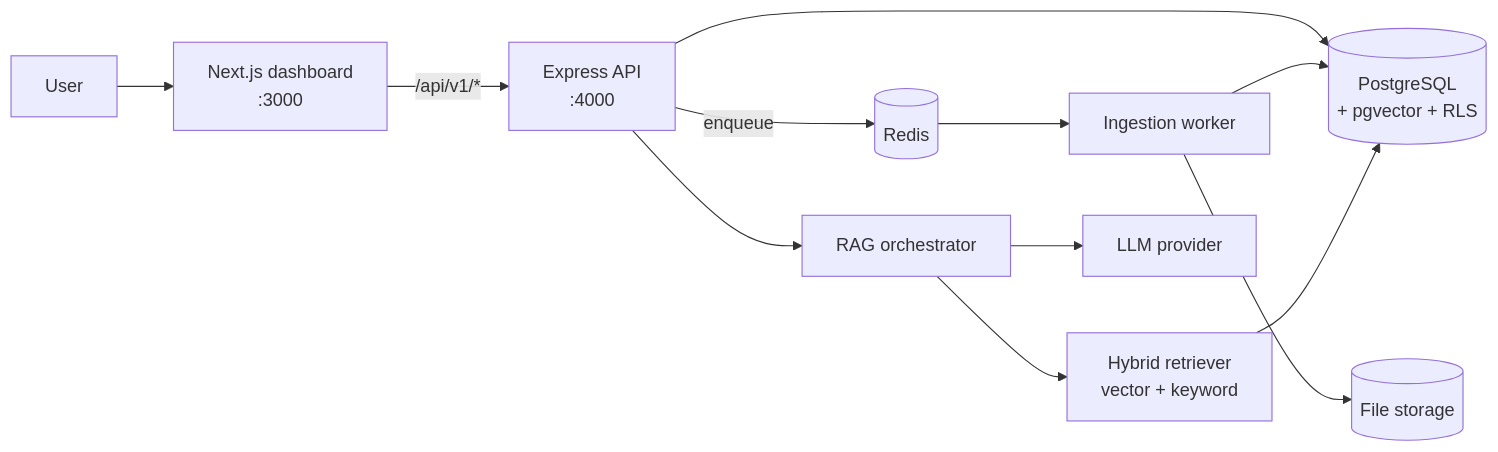
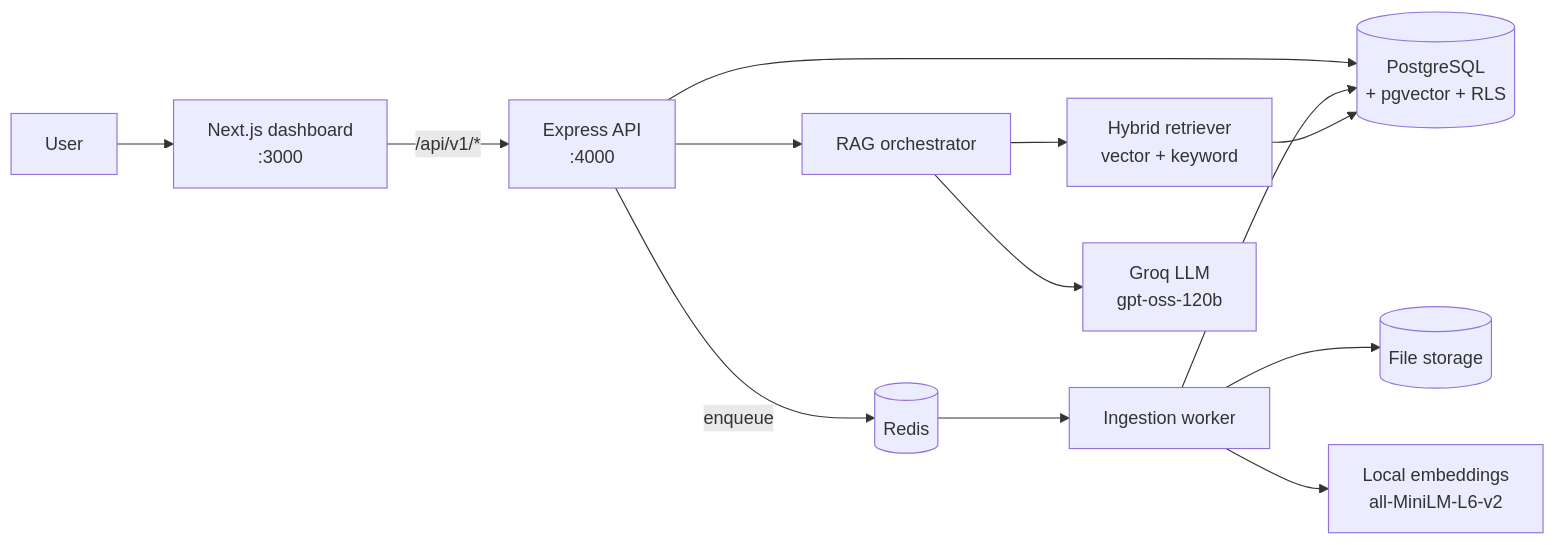
Before and after one commit to VigneshEilik/Retrival-Agumented-Saas: the diagram in README.md, drawn with Mermaid. The commit also changed other lines of this file and 96 other files, not shown here.

````diff
--- a/README.md
+++ b/README.md
@@ -55,14 +55,15 @@
 ```mermaid
 flowchart LR
     U[User] --> FE[Next.js dashboard<br/>:3000]
     FE -- /api/v1/* --> API[Express API<br/>:4000]
     API --> PG[(PostgreSQL<br/>+ pgvector + RLS)]
     API -- enqueue --> R[(Redis)]
     R --> W[Ingestion worker]
     W --> PG
     W --> S[(File storage)]
     API --> RAG[RAG orchestrator]
     RAG --> HR[Hybrid retriever<br/>vector + keyword]
     HR --> PG
-    RAG --> LLM[LLM provider]
+    RAG --> LLM[Groq LLM<br/>gpt-oss-120b]
+    W --> EMB[Local embeddings<br/>all-MiniLM-L6-v2]
 ```
````
